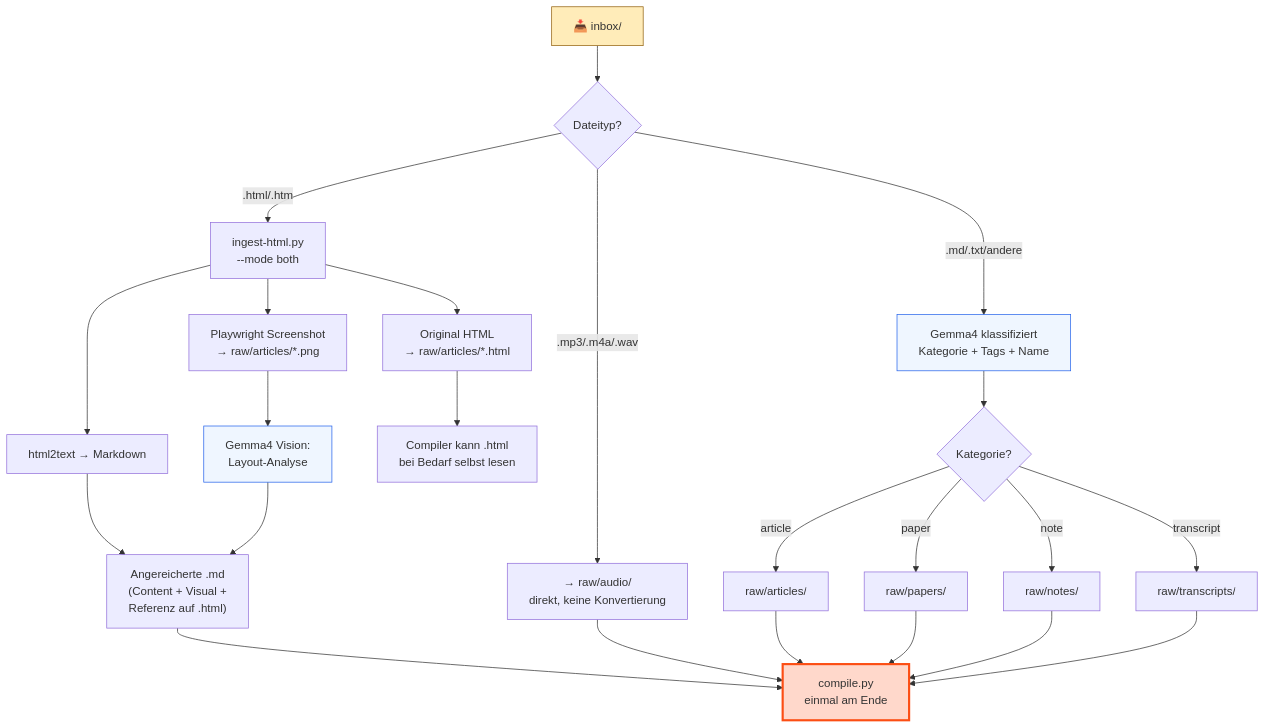
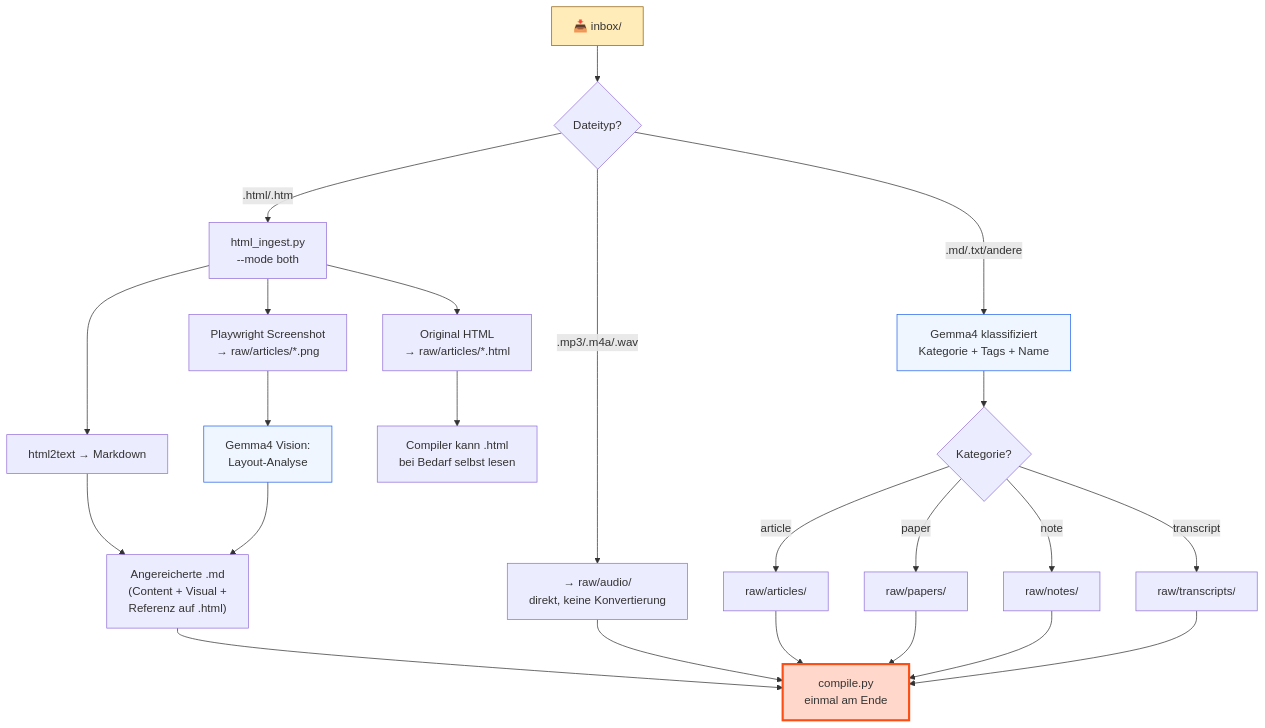
One commit to lx-0/llm-wiki changed the first of 14 diagrams in docs/PROCESS.md. Above: the diagram before and after it, drawn with Mermaid. The commit also changed other lines of this file and 32 other files, not shown here.

````diff
--- a/docs/PROCESS.md
+++ b/docs/PROCESS.md
@@ -54,36 +54,36 @@
 ```mermaid
 flowchart TD
     DROP["📥 inbox/"]
     DROP --> DETECT{Dateityp?}
 
-    DETECT -->|.html/.htm| HTML["ingest-html.py\n--mode both"]
+    DETECT -->|.html/.htm| HTML["html_ingest.py\n--mode both"]
     HTML --> SAVE_HTML["Original HTML\n→ raw/articles/*.html"]
     HTML --> SCREENSHOT[Playwright Screenshot\n→ raw/articles/*.png]
     HTML --> H2M[html2text → Markdown]
     SCREENSHOT --> VISION[Gemma4 Vision:\nLayout-Analyse]
     H2M --> MERGE["Angereicherte .md\n(Content + Visual +\nReferenz auf .html)"]
     VISION --> MERGE
     SAVE_HTML --> COMPILE_NOTE["Compiler kann .html\nbei Bedarf selbst lesen"]
 
     DETECT -->|.mp3/.m4a/.wav| AUDIO[→ raw/audio/\ndirekt, keine Konvertierung]
 
     DETECT -->|.md/.txt/andere| LLM[Gemma4 klassifiziert\nKategorie + Tags + Name]
     LLM --> ROUTE{Kategorie?}
     ROUTE -->|article| ART[raw/articles/]
     ROUTE -->|paper| PAP[raw/papers/]
     ROUTE -->|note| NOT[raw/notes/]
     ROUTE -->|transcript| TRA[raw/transcripts/]
 
     MERGE --> COMPILE
     AUDIO --> COMPILE
     ART --> COMPILE
     PAP --> COMPILE
     NOT --> COMPILE
     TRA --> COMPILE
     COMPILE[compile.py\neinmal am Ende]
 
     style DROP fill:#FFECB9,stroke:#92610F
     style COMPILE fill:#FFD8CB,stroke:#FC4E14,stroke-width:3px
     style VISION fill:#EFF6FF,stroke:#2563EB
     style LLM fill:#EFF6FF,stroke:#2563EB
 ```
````
